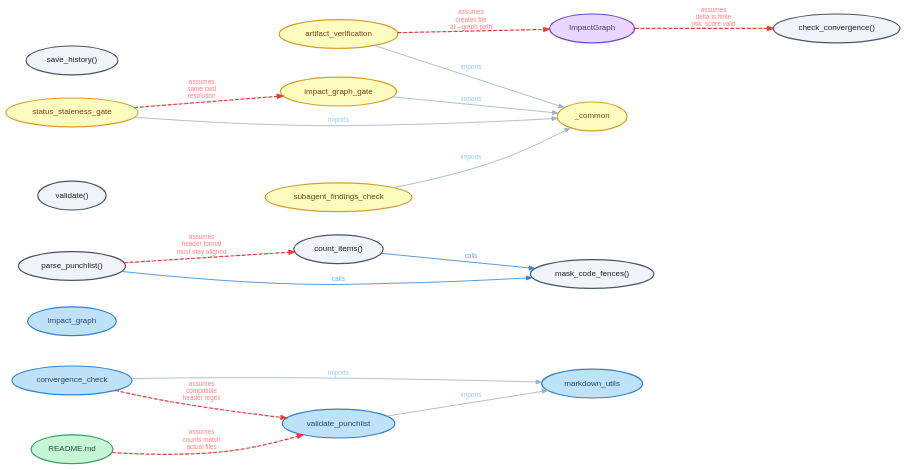
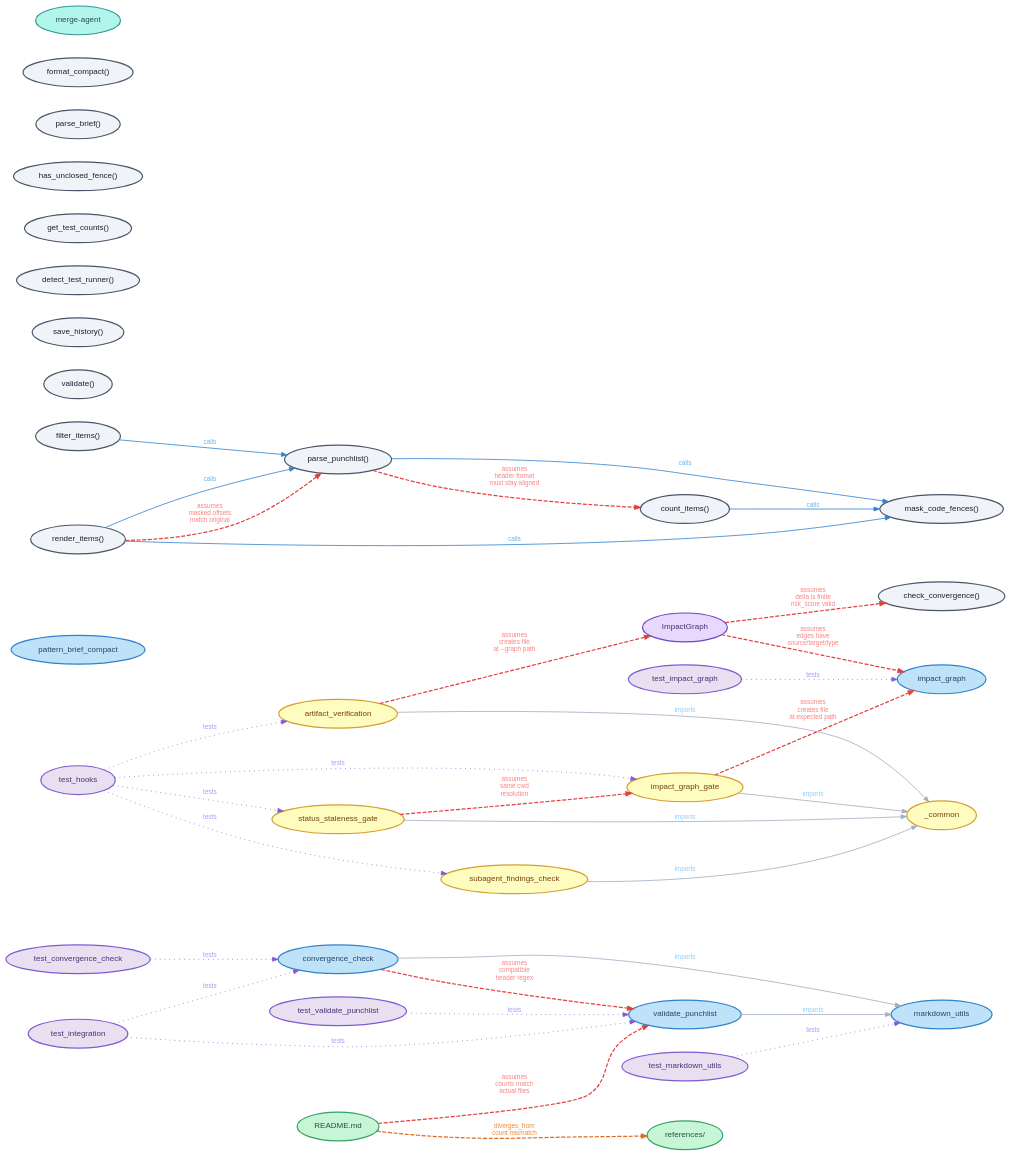
One commit to jbrjake/holtz changed the diagram in docs/diagrams/impact-graph.dot. Above: the diagram before and after it, drawn with Graphviz. The commit also changed 2 other files, not shown here.

Commit message:
docs: update impact graph for current codebase state
Regenerate impact-graph.dot and SVG from current impact-graph.json.
Graph grew from 17 nodes/14 edges to 33 nodes/31 edges. Adds test
modules (indigo), merge-agent (teal), pattern_brief_compact module,
filter_items/render_items functions, and new semantic edges including
the run 13 masked-offset assumption. Update README legend for new
node colors and diverges_from edge type.

```diff
--- a/docs/diagrams/impact-graph.dot
+++ b/docs/diagrams/impact-graph.dot
@@ -37,6 +37,10 @@
     label="markdown_utils"
     fillcolor="#bee3f8" color="#3182ce" fontcolor="#2a4365"
   ]
+  pattern_brief_compact [
+    label="pattern_brief_compact"
+    fillcolor="#bee3f8" color="#3182ce" fontcolor="#2a4365"
+  ]
 
   // Functions — light gray
   parse_punchlist [
@@ -59,8 +63,36 @@
     label="save_history()"
     fillcolor="#f0f4f8" color="#4a5568" fontcolor="#1a202c"
   ]
+  detect_test_runner [
+    label="detect_test_runner()"
+    fillcolor="#f0f4f8" color="#4a5568" fontcolor="#1a202c"
+  ]
+  get_test_counts [
+    label="get_test_counts()"
+    fillcolor="#f0f4f8" color="#4a5568" fontcolor="#1a202c"
+  ]
   mask_code_fences [
     label="mask_code_fences()"
+    fillcolor="#f0f4f8" color="#4a5568" fontcolor="#1a202c"
+  ]
+  has_unclosed_fence [
+    label="has_unclosed_fence()"
+    fillcolor="#f0f4f8" color="#4a5568" fontcolor="#1a202c"
+  ]
+  filter_items [
+    label="filter_items()"
+    fillcolor="#f0f4f8" color="#4a5568" fontcolor="#1a202c"
+  ]
+  render_items [
+    label="render_items()"
+    fillcolor="#f0f4f8" color="#4a5568" fontcolor="#1a202c"
+  ]
+  parse_brief [
+    label="parse_brief()"
+    fillcolor="#f0f4f8" color="#4a5568" fontcolor="#1a202c"
+  ]
+  format_compact [
+    label="format_compact()"
     fillcolor="#f0f4f8" color="#4a5568" fontcolor="#1a202c"
   ]
 
@@ -92,10 +124,46 @@
     fillcolor="#fefcbf" color="#d69e2e" fontcolor="#744210"
   ]
 
-  // Doc — green
+  // Docs — green
   readme [
     label="README.md"
     fillcolor="#c6f6d5" color="#38a169" fontcolor="#22543d"
+  ]
+  references [
+    label="references/"
+    fillcolor="#c6f6d5" color="#38a169" fontcolor="#22543d"
+  ]
+
+  // Agent — teal
+  merge_agent [
+    label="merge-agent"
+    fillcolor="#b2f5ea" color="#319795" fontcolor="#234e52"
+  ]
+
+  // Tests — light indigo
+  test_hooks [
+    label="test_hooks"
+    fillcolor="#e8e0f0" color="#805ad5" fontcolor="#44337a"
+  ]
+  test_validate_punchlist [
+    label="test_validate_punchlist"
+    fillcolor="#e8e0f0" color="#805ad5" fontcolor="#44337a"
+  ]
+  test_convergence_check [
+    label="test_convergence_check"
+    fillcolor="#e8e0f0" color="#805ad5" fontcolor="#44337a"
+  ]
+  test_impact_graph [
+    label="test_impact_graph"
+    fillcolor="#e8e0f0" color="#805ad5" fontcolor="#44337a"
+  ]
+  test_integration [
+    label="test_integration"
+    fillcolor="#e8e0f0" color="#805ad5" fontcolor="#44337a"
+  ]
+  test_markdown_utils [
+    label="test_markdown_utils"
+    fillcolor="#e8e0f0" color="#805ad5" fontcolor="#44337a"
   ]
 
   // Import edges — solid gray
@@ -109,6 +177,21 @@
   // Call edges — solid blue
   parse_punchlist -> mask_code_fences [color="#3182ce" fontcolor="#63b3ed" label="calls"]
   count_items -> mask_code_fences [color="#3182ce" fontcolor="#63b3ed" label="calls"]
+  render_items -> parse_punchlist [color="#3182ce" fontcolor="#63b3ed" label="calls"]
+  render_items -> mask_code_fences [color="#3182ce" fontcolor="#63b3ed" label="calls"]
+  filter_items -> parse_punchlist [color="#3182ce" fontcolor="#63b3ed" label="calls"]
+
+  // Test edges — dotted purple
+  test_hooks -> impact_graph_gate [color="#805ad5" style=dotted fontcolor="#b794f4" label="tests"]
+  test_hooks -> status_staleness_gate [color="#805ad5" style=dotted fontcolor="#b794f4" label="tests"]
+  test_hooks -> artifact_verification [color="#805ad5" style=dotted fontcolor="#b794f4" label="tests"]
+  test_hooks -> subagent_findings_check [color="#805ad5" style=dotted fontcolor="#b794f4" label="tests"]
+  test_validate_punchlist -> validate_punchlist [color="#805ad5" style=dotted fontcolor="#b794f4" label="tests"]
+  test_convergence_check -> convergence_check [color="#805ad5" style=dotted fontcolor="#b794f4" label="tests"]
+  test_impact_graph -> impact_graph_mod [color="#805ad5" style=dotted fontcolor="#b794f4" label="tests"]
+  test_markdown_utils -> markdown_utils [color="#805ad5" style=dotted fontcolor="#b794f4" label="tests"]
+  test_integration -> validate_punchlist [color="#805ad5" style=dotted fontcolor="#b794f4" label="tests"]
+  test_integration -> convergence_check [color="#805ad5" style=dotted fontcolor="#b794f4" label="tests"]
 
   // Assumes edges — dashed red, the interesting ones
   parse_punchlist -> count_items [
@@ -141,4 +224,27 @@
     fontcolor="#fc8181"
     label="assumes\nsame cwd\nresolution"
   ]
+  ImpactGraph -> impact_graph_mod [
+    color="#e53e3e" style=dashed penwidth=1.5
+    fontcolor="#fc8181"
+    label="assumes\nedges have\nsource/target/type"
+  ]
+  impact_graph_gate -> impact_graph_mod [
+    color="#e53e3e" style=dashed penwidth=1.5
+    fontcolor="#fc8181"
+    label="assumes\ncreates file\nat expected path"
+  ]
+  render_items -> parse_punchlist [
+    color="#e53e3e" style=dashed penwidth=1.5
+    fontcolor="#fc8181"
+    label="assumes\nmasked offsets\nmatch original"
+    constraint=false
+  ]
+
+  // Diverges_from edges — dashed orange
+  readme -> references [
+    color="#dd6b20" style=dashed penwidth=1.5
+    fontcolor="#ed8936"
+    label="diverges_from\ncount mismatch"
+  ]
 }
```
